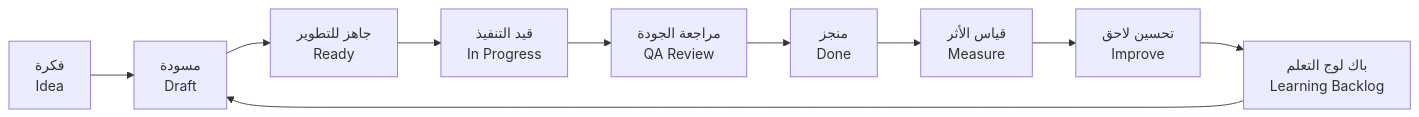
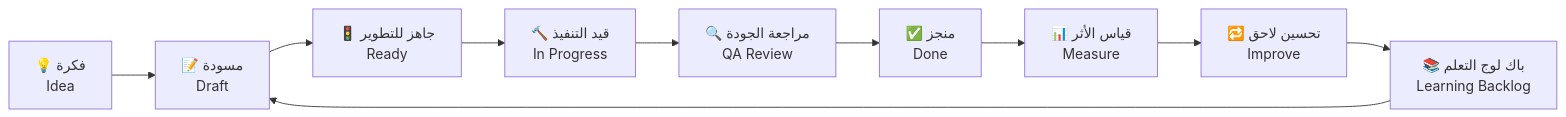
Before and after one commit to Ash69g/Documentation-Study: the third of 3 diagrams in docs/03-stories/03-stories.md, drawn with Mermaid. The commit also changed other lines of this file and 2 other files, not shown here.

````diff
--- a/docs/03-stories/03-stories.md
+++ b/docs/03-stories/03-stories.md
@@ -154,12 +178,12 @@
 ```mermaid
 flowchart LR
-    Idea["فكرة\nIdea"] --> Draft["مسودة\nDraft"]
-    Draft --> Ready["جاهز للتطوير\nReady"]
-    Ready --> InProgress["قيد التنفيذ\nIn Progress"]
-    InProgress --> Review["مراجعة الجودة\nQA Review"]
-    Review --> Done["منجز\nDone"]
-    Done --> Measure["قياس الأثر\nMeasure"]
-    Measure --> Improve["تحسين لاحق\nImprove"]
-    Improve --> Backlog["باك لوج التعلم\nLearning Backlog"]
+    Idea["💡 فكرة\nIdea"] --> Draft["📝 مسودة\nDraft"]
+    Draft --> Ready["🚦 جاهز للتطوير\nReady"]
+    Ready --> InProgress["🔨 قيد التنفيذ\nIn Progress"]
+    InProgress --> Review["🔍 مراجعة الجودة\nQA Review"]
+    Review --> Done["✅ منجز\nDone"]
+    Done --> Measure["📊 قياس الأثر\nMeasure"]
+    Measure --> Improve["🔁 تحسين لاحق\nImprove"]
+    Improve --> Backlog["📚 باك لوج التعلم\nLearning Backlog"]
     Backlog --> Draft
 ```
````
